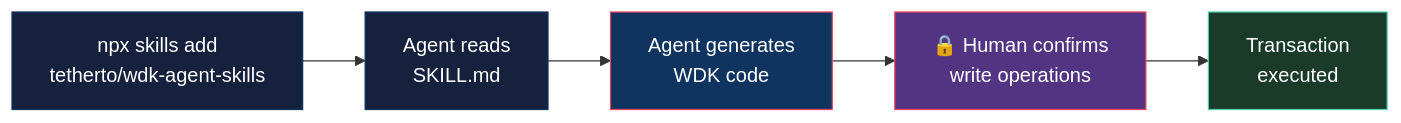
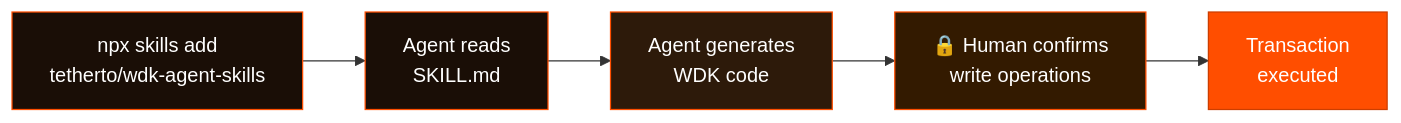
Before and after one commit to gatteo/wdk-docs: the second of 2 diagrams in ai/agent-skills.md, drawn with Mermaid. The commit also changed other lines of this file and 21 other files, not shown here.

Commit message:
docs: update all mermaid diagrams to WDK branding colors (#FF4E00 orange, #080201 dark)

````diff
--- a/ai/agent-skills.md
+++ b/ai/agent-skills.md
@@ -72,13 +72,13 @@
 ```mermaid
 flowchart LR
     Install["npx skills add\ntetherto/wdk-agent-skills"] --> Load["Agent reads\nSKILL.md"]
     Load --> Gen["Agent generates\nWDK code"]
     Gen --> Confirm["🔒 Human confirms\nwrite operations"]
     Confirm --> Exec["Transaction\nexecuted"]
 
-    style Install fill:#16213e,stroke:#0f3460,color:#fff
-    style Load fill:#16213e,stroke:#0f3460,color:#fff
-    style Gen fill:#0f3460,stroke:#e94560,color:#fff
-    style Confirm fill:#533483,stroke:#e94560,color:#fff
-    style Exec fill:#1a3a2a,stroke:#4ecca3,color:#fff
+    style Install fill:#1a0e06,stroke:#FF4E00,color:#fff
+    style Load fill:#1a0e06,stroke:#FF4E00,color:#fff
+    style Gen fill:#2d1a0a,stroke:#FF4E00,color:#fff
+    style Confirm fill:#331a00,stroke:#FF4E00,color:#fff
+    style Exec fill:#FF4E00,stroke:#cc3e00,color:#fff
 ```
````
